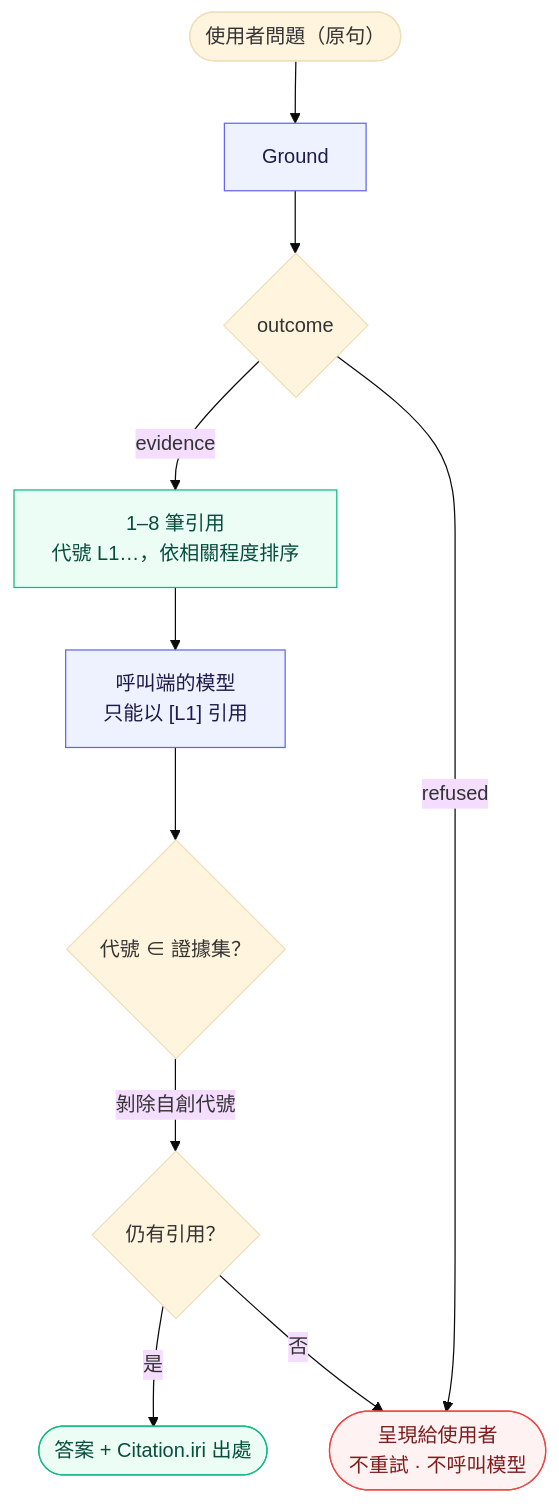
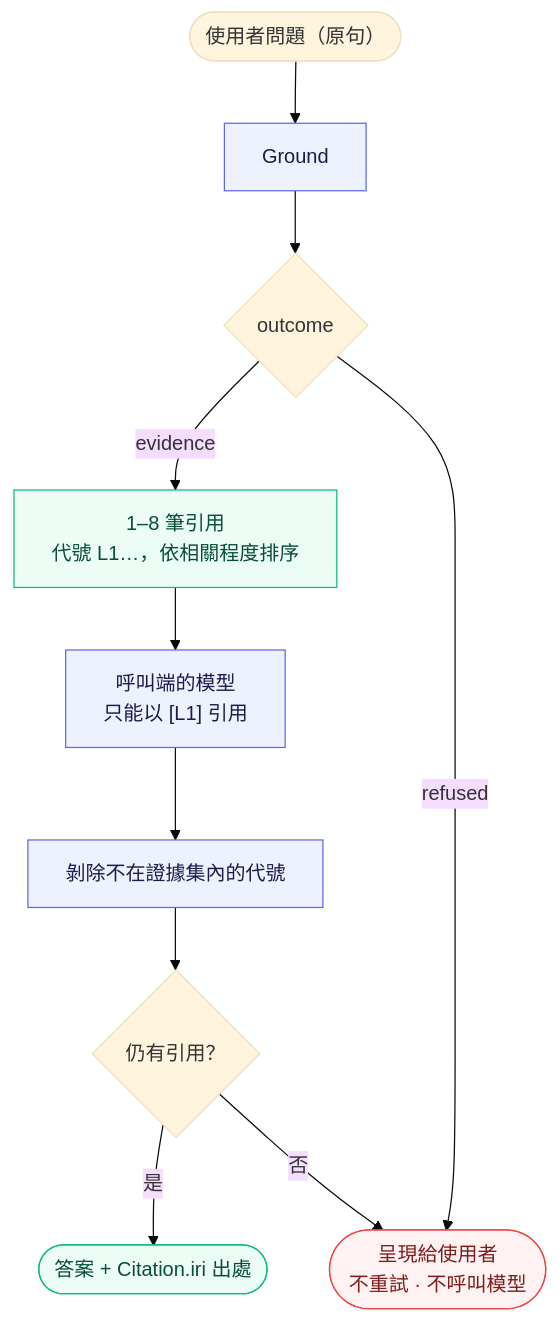
Before and after one commit to elihu0211/envcite: the third of 3 diagrams in proto/README.md, drawn with Mermaid (base theme). The commit also changed other lines of this file and 41 other files, not shown here.

````diff
--- a/proto/README.md
+++ b/proto/README.md
@@ -51,20 +113,20 @@
 ```mermaid
 %%{init: {"flowchart": {"curve": "basis"}}}%%
 flowchart TD
     q(["使用者問題（原句）"]) --> ground["Ground"]
     ground --> out{"outcome"}
     out -->|evidence| ev["1–8 筆引用<br/>代號 L1…，依相關程度排序"]
     out -->|refused| rf(["呈現給使用者<br/>不重試 · 不呼叫模型"])
     ev --> llm["呼叫端的模型<br/>只能以 [L1] 引用"]
-    llm --> chk{"代號 ∈ 證據集？"}
-    chk -->|"剝除自創代號"| fin{"仍有引用？"}
+    llm --> strip["剝除不在證據集內的代號"]
+    strip --> fin{"仍有引用？"}
     fin -->|是| ans(["答案 + Citation.iri 出處"])
     fin -->|否| rf
 
     classDef ok fill:#ecfdf5,stroke:#10b981,color:#064e3b
     classDef stop fill:#fef2f2,stroke:#ef4444,color:#7f1d1d
     classDef step fill:#eef2ff,stroke:#6366f1,color:#1e1b4b
     class ans,ev ok
     class rf stop
-    class ground,llm step
+    class ground,llm,strip step
 ```
````
